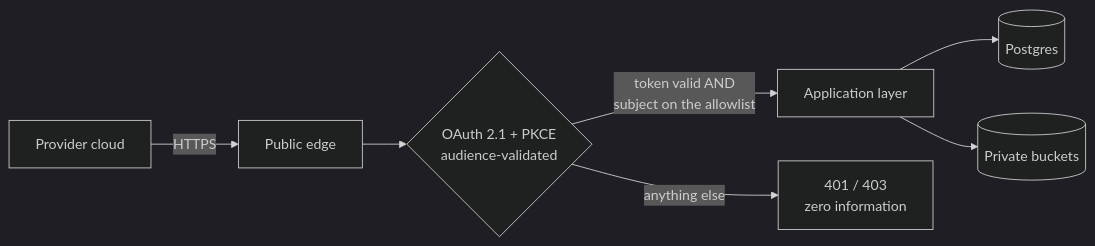
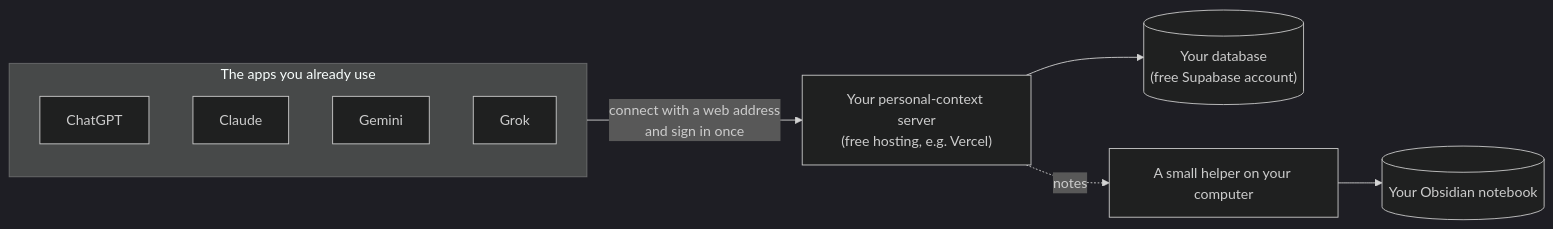
Before and after one commit to DanDo385/personal-context-mcp: the diagram in README.md, drawn with Mermaid (dark theme). The commit also changed other lines of this file and 41 other files, not shown here.

````diff
--- a/README.md
+++ b/README.md
@@ -521,9 +28,13 @@
 ```mermaid
 flowchart LR
-    P[Provider cloud] -->|HTTPS| E[Public edge]
-    E --> O{OAuth 2.1 + PKCE<br/>audience-validated}
-    O -->|token valid AND<br/>subject on the allowlist| A[Application layer]
-    O -->|anything else| X[401 / 403<br/>zero information]
-    A --> DB[(Postgres)]
-    A --> ST[(Private buckets)]
+    subgraph Apps["The apps you already use"]
+        A[ChatGPT]
+        B[Claude]
+        C[Gemini]
+        D[Grok]
+    end
+    Apps -->|"connect with a web address<br/>and sign in once"| S["Your personal-context server<br/>(free hosting, e.g. Vercel)"]
+    S --> DB[("Your database<br/>(free Supabase account)")]
+    S -.->|notes| W["A small helper on your computer"]
+    W --> O[("Your Obsidian notebook")]
 ```
````
